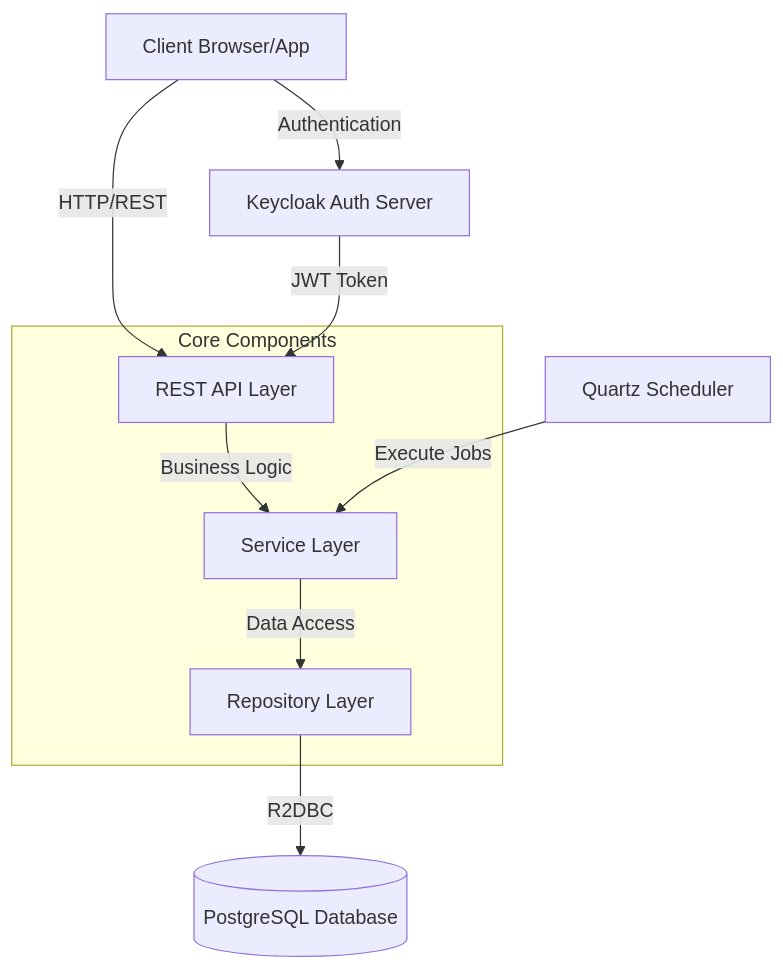
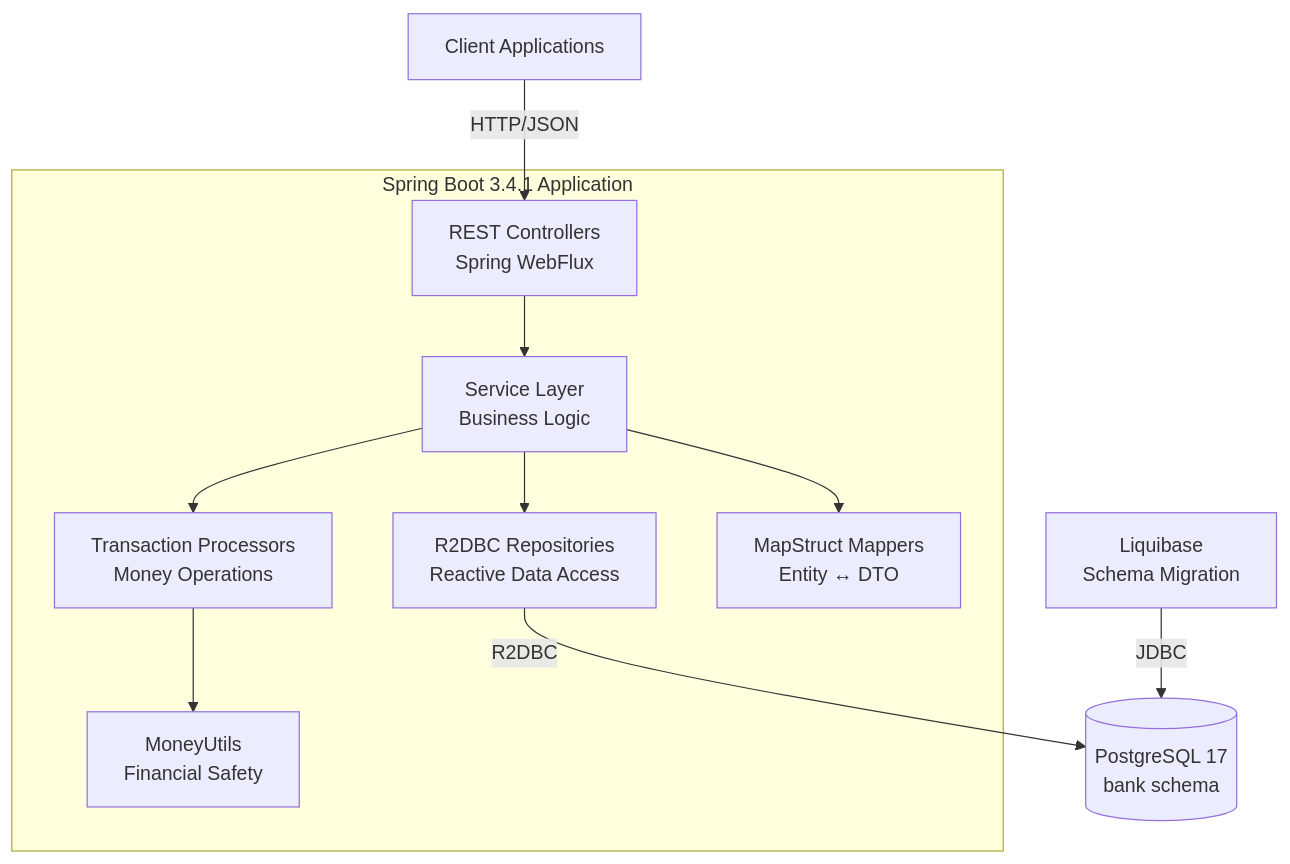
One commit to mamrakm/minibank changed the first of 3 diagrams in README.md. Above: the diagram before and after it, drawn with Mermaid. The commit also changed other lines of this file and 1 other file, not shown here.

Commit message:
docs: enhance README with updated architecture, domain model, and usage examples

````diff
--- a/README.md
+++ b/README.md
@@ -7,24 +7,25 @@
 ```mermaid
-graph TD
-   Client[Client Browser/App]
-   API[REST API Layer]
-   Services[Service Layer]
-   Repositories[Repository Layer]
-   DB[(PostgreSQL Database)]
-   Keycloak[Keycloak Auth Server]
-   Scheduler[Quartz Scheduler]
-
-   Client -->|HTTP/REST| API
-   Client -->|Authentication| Keycloak
-   Keycloak -->|JWT Token| API
-   API -->|Business Logic| Services
-   Services -->|Data Access| Repositories
-   Repositories -->|R2DBC| DB
-   Scheduler -->|Execute Jobs| Services
-
-   subgraph "Core Components"
-      API
-      Services
-      Repositories
-   end
+graph TB
+    Client[Client Applications]
+    
+    subgraph "Spring Boot 3.4.1 Application"
+        Controllers[REST Controllers<br/>Spring WebFlux]
+        Services[Service Layer<br/>Business Logic]
+        Processors[Transaction Processors<br/>Money Operations]
+        Repositories[R2DBC Repositories<br/>Reactive Data Access]
+        Mappers[MapStruct Mappers<br/>Entity ↔ DTO]
+        Utils[MoneyUtils<br/>Financial Safety]
+    end
+    
+    DB[(PostgreSQL 17<br/>bank schema)]
+    Liquibase[Liquibase<br/>Schema Migration]
+    
+    Client -->|HTTP/JSON| Controllers
+    Controllers --> Services
+    Services --> Processors
+    Services --> Repositories
+    Services --> Mappers
+    Processors --> Utils
+    Repositories -->|R2DBC| DB
+    Liquibase -->|JDBC| DB
 ```
````
